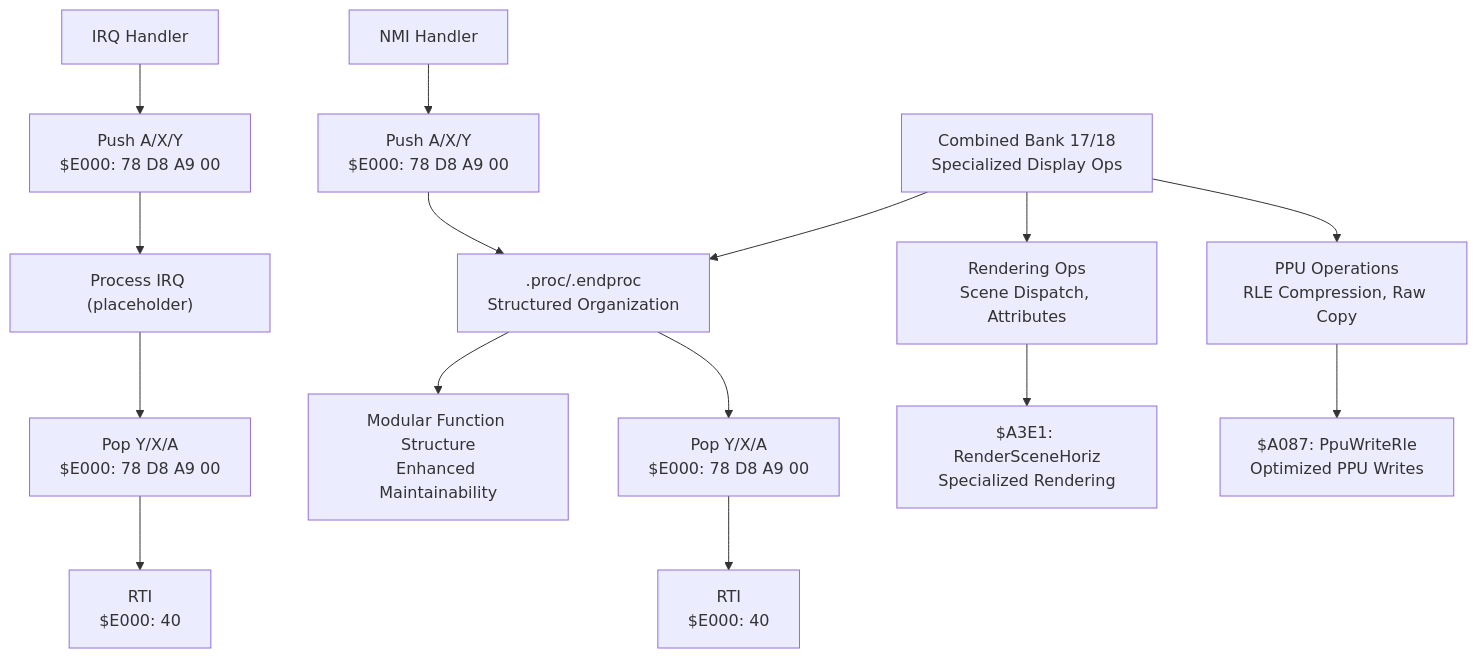
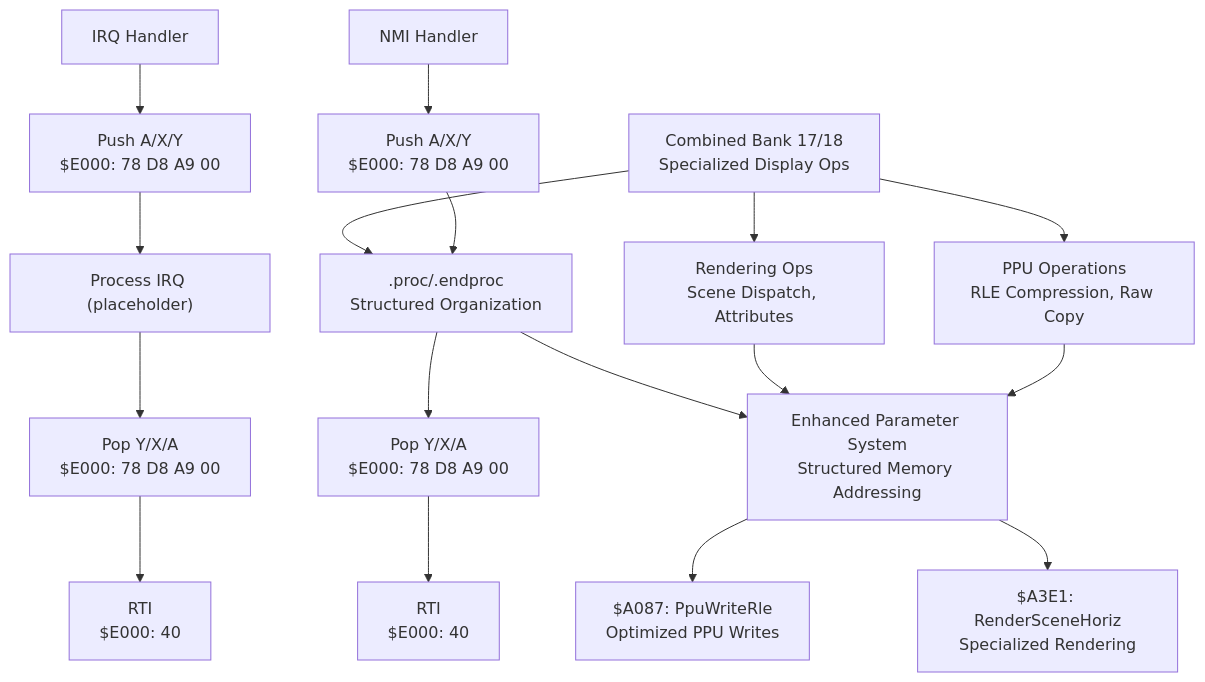
Before and after one commit to rabbyzero/sango2dasm: the eighth of 10 diagrams in .qoder/repowiki/en/content/Assembly Architecture/Assembly Architecture.md, drawn with Mermaid. The commit also changed other lines of this file and 7 other files, not shown here.

````diff
--- a/.qoder/repowiki/en/content/Assembly Architecture/Assembly Architecture.md
+++ b/.qoder/repowiki/en/content/Assembly Architecture/Assembly Architecture.md
@@ -366,17 +381,20 @@
 ```mermaid
 flowchart TD
 NMI["NMI Handler"] --> SAVE["Push A/X/Y<br/>$E000: 78 D8 A9 00"]
 SAVE --> PROC["Process NMI (placeholder)"]
 PROC --> RESTORE["Pop Y/X/A<br/>$E000: 78 D8 A9 00"]
 RESTORE --> RTI["RTI<br/>$E000: 40"]
 IRQ["IRQ Handler"] --> SAVE2["Push A/X/Y<br/>$E000: 78 D8 A9 00"]
 SAVE2 --> PROC2["Process IRQ (placeholder)"]
 PROC2 --> RESTORE2["Pop Y/X/A<br/>$E000: 78 D8 A9 00"]
 RESTORE2 --> RTI2["RTI<br/>$E000: 40"]
 COMBINED["Combined Bank 17/18<br/>Specialized Display Ops"] --> PPUOPS["PPU Operations<br/>RLE Compression, Raw Copy"]
 COMBINED --> RENDEROPS["Rendering Ops<br/>Scene Dispatch, Attributes"]
 COMBINED --> PROC[".proc/.endproc<br/>Structured Organization"]
-PPUOPS --> OPTIMIZED["$A087: PpuWriteRle<br/>Optimized PPU Writes"]
-RENDEROPS --> SPECIALIZED["$A3E1: RenderSceneHoriz<br/>Specialized Rendering"]
-PROC --> MODULAR["Modular Function Structure<br/>Enhanced Maintainability"]
+PARAMSYS["Enhanced Parameter System<br/>Structured Memory Addressing"]
+PPUOPS --> PARAMSYS
+RENDEROPS --> PARAMSYS
+PROC --> PARAMSYS
+PARAMSYS --> OPTIMIZED["$A087: PpuWriteRle<br/>Optimized PPU Writes"]
+PARAMSYS --> SPECIALIZED["$A3E1: RenderSceneHoriz<br/>Specialized Rendering"]
 ```
````
